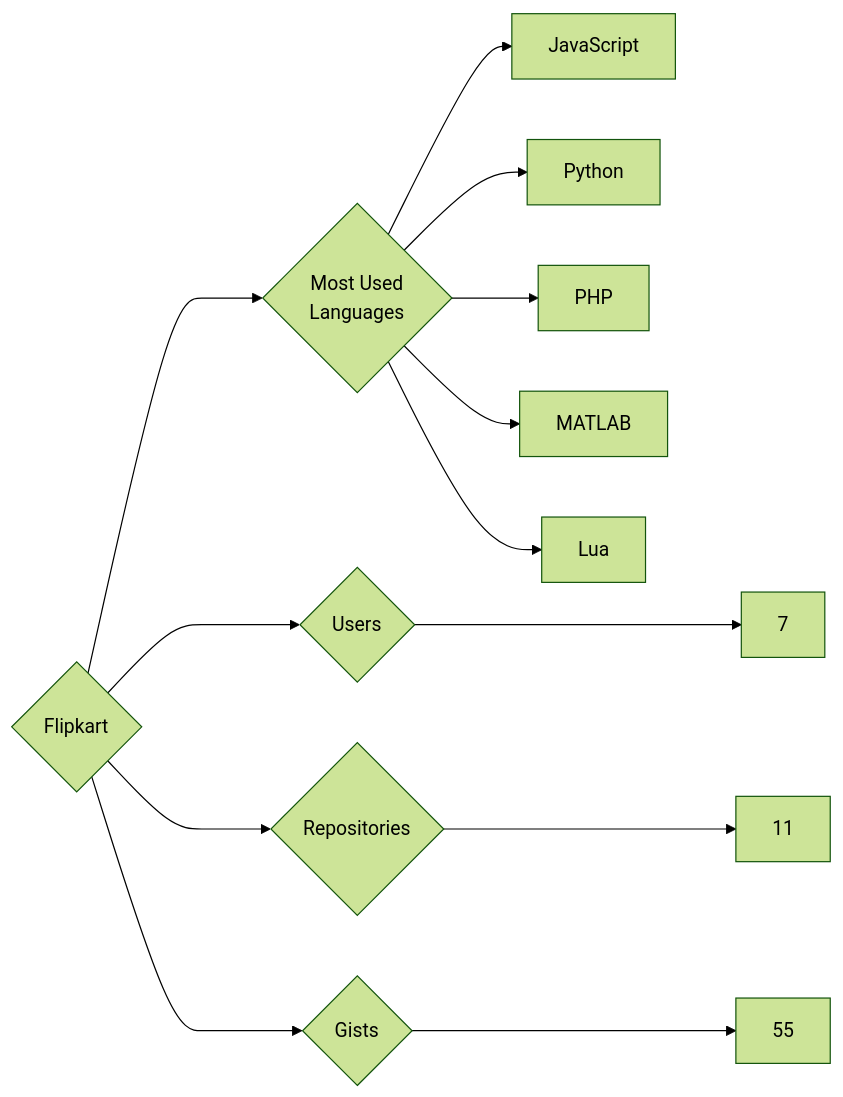
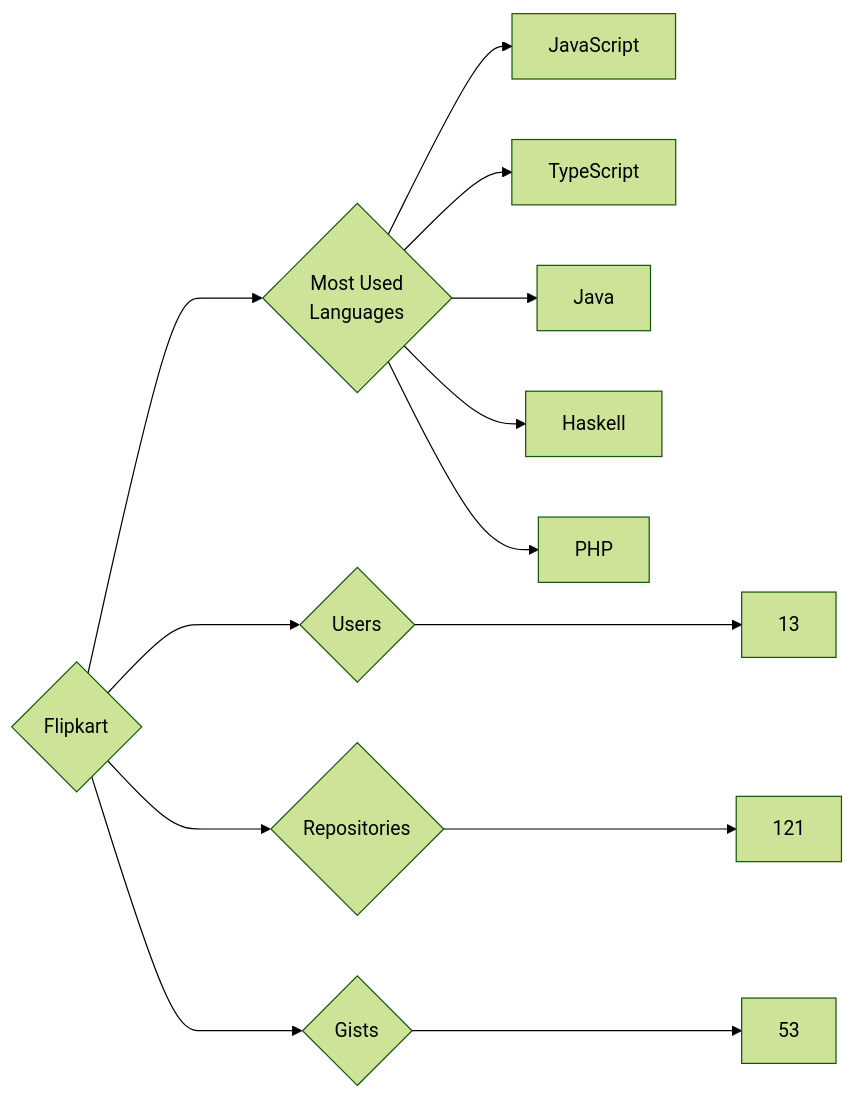
The diagram in targets/Flipkart/README.md (trickest/insiders), drawn with Mermaid (forest theme) before and after one commit. The commit also changed 814 other files, not shown here.

````diff
--- a/targets/Flipkart/README.md
+++ b/targets/Flipkart/README.md
@@ -3,13 +3,13 @@
 ```mermaid
 graph LR
 COMPANY_NAME{Flipkart}
-COMPANY_NAME ---> U{Users} ---> UN[7]
-COMPANY_NAME ---> R{Repositories} ---> RN[11]
-COMPANY_NAME ---> G{Gists} ---> GN[55]
+COMPANY_NAME ---> U{Users} ---> UN[13]
+COMPANY_NAME ---> R{Repositories} ---> RN[121]
+COMPANY_NAME ---> G{Gists} ---> GN[53]
 COMPANY_NAME ---> ML{Most Used<br>Languages}
 ML --> JavaScript[JavaScript]
-ML --> Python[Python]
+ML --> TypeScript[TypeScript]
+ML --> Java[Java]
+ML --> Haskell[Haskell]
 ML --> PHP[PHP]
-ML --> MATLAB[MATLAB]
-ML --> Lua[Lua]
 ```
````
